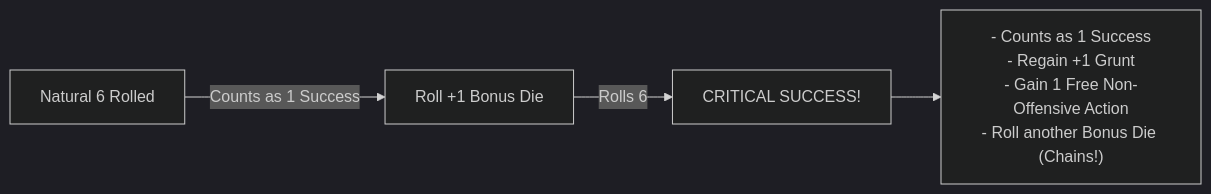
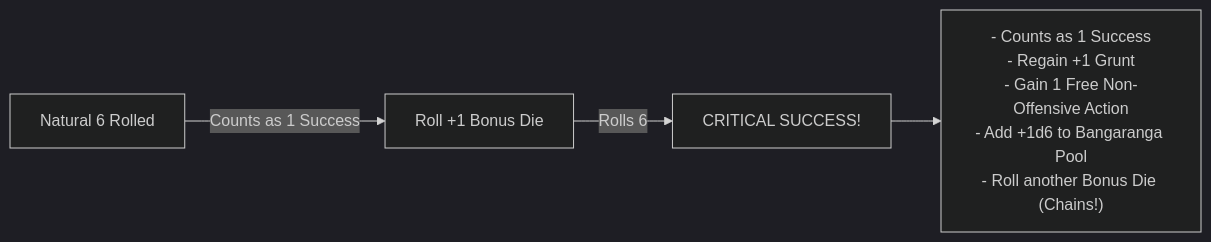
One commit to antedev/gobbos changed the second of 3 diagrams in 02_PROD_Core_Rules/01_Core_Resolution.md. Above: the diagram before and after it, drawn with Mermaid (dark theme). The commit also changed other lines of this file and 8 other files, not shown here.

````diff
--- a/02_PROD_Core_Rules/01_Core_Resolution.md
+++ b/02_PROD_Core_Rules/01_Core_Resolution.md
@@ -75,6 +108,6 @@
 ```mermaid
 flowchart LR
     A["Natural 6 Rolled"] -->|Counts as 1 Success| B["Roll +1 Bonus Die"]
     B -->|Rolls 6| C["CRITICAL SUCCESS!"]
-    C --> D["- Counts as 1 Success<br>- Regain +1 Grunt<br>- Gain 1 Free Non-Offensive Action<br>- Roll another Bonus Die (Chains!)"]
+    C --> D["- Counts as 1 Success<br>- Regain +1 Grunt<br>- Gain 1 Free Non-Offensive Action<br>- Add +1d6 to Bangaranga Pool<br>- Roll another Bonus Die (Chains!)"]
 ```
````
